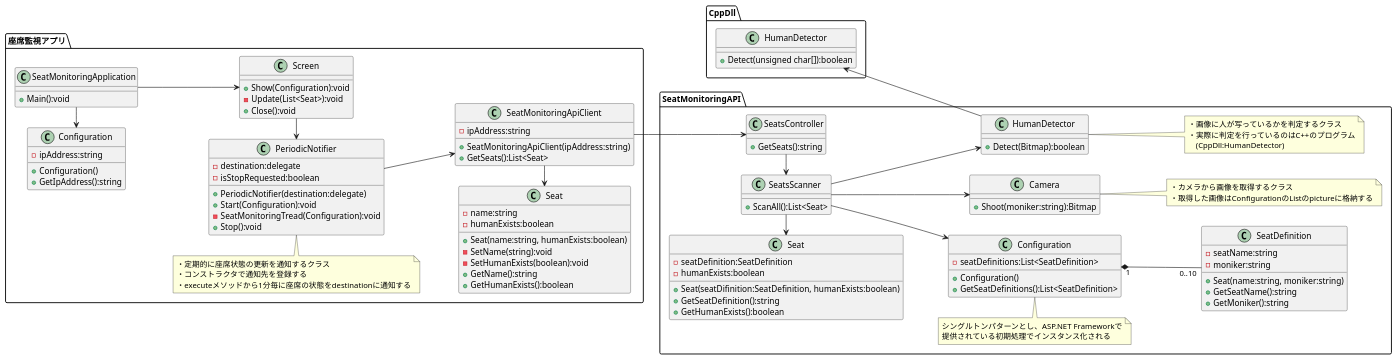
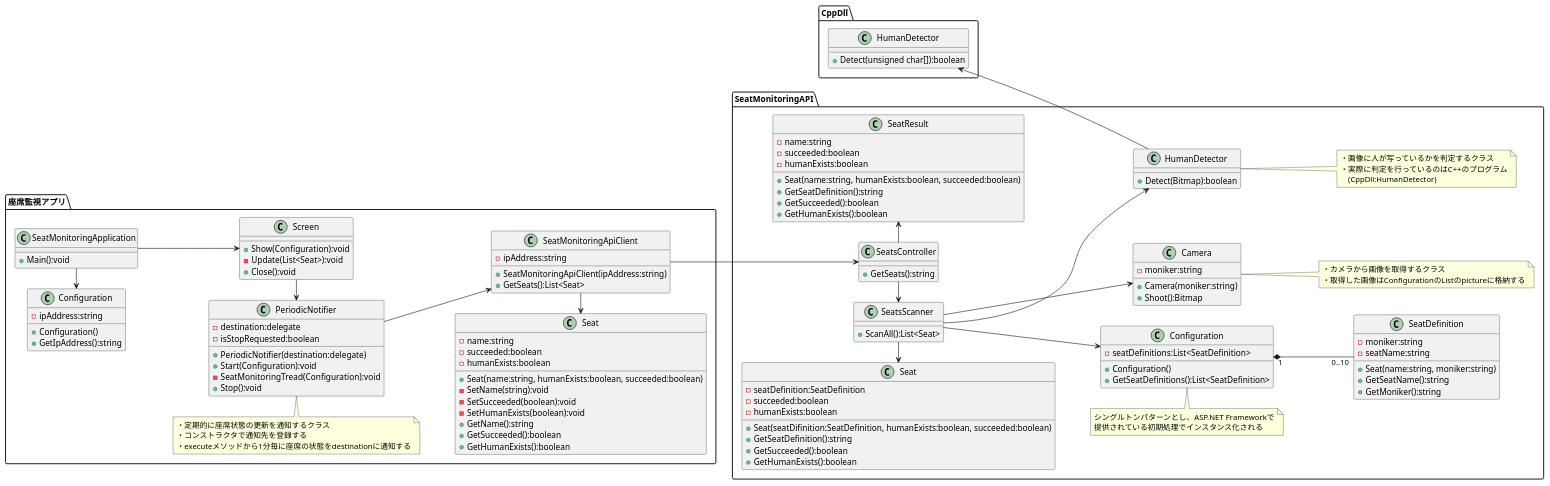
The diagram in doc/詳細設計/構成図(.pu)/クラス図.pu (KeisukeSugita/Seat-monitoring-system), drawn with PlantUML before and after one commit.

Commit message:
実装での変更点を反映

```diff
--- a/doc/詳細設計/構成図(.pu)/クラス図.pu
+++ b/doc/詳細設計/構成図(.pu)/クラス図.pu
@@ -1,126 +1,144 @@
 @startuml クラス図
 left to right direction
 
 package 座席監視アプリ {
     class SeatMonitoringApplication {
         + Main():void
     }
 
     class "Configuration" as ClientConfiguration {
 		'hostnameとかendpointとか
         - ipAddress:string 
         + Configuration()
         + GetIpAddress():string
     }
 
 	class Screen {
         + Show(Configuration):void
         - Update(List<Seat>):void
 		+ Close():void
     }
 
     class SeatMonitoringApiClient {
         - ipAddress:string
         + SeatMonitoringApiClient(ipAddress:string)
         + GetSeats():List<Seat>
     }
 
     class PeriodicNotifier {
         - destination:delegate
         - isStopRequested:boolean
         + PeriodicNotifier(destination:delegate)
         + Start(Configuration):void
         - SeatMonitoringTread(Configuration):void
         + Stop():void
     }
     note top of PeriodicNotifier
         ・定期的に座席状態の更新を通知するクラス
         ・コンストラクタで通知先を登録する
         ・executeメソッドから1分毎に座席の状態をdestinationに通知する
     end note
 
     class "Seat" as ClientSeat {
         - name:string
+        - succeeded:boolean
         - humanExists:boolean
-        + Seat(name:string, humanExists:boolean)
+        + Seat(name:string, humanExists:boolean, succeeded:boolean)
         - SetName(string):void
+        - SetSucceeded(boolean):void
         - SetHumanExists(boolean):void
         + GetName():string
+        + GetSucceeded():boolean
         + GetHumanExists():boolean
     }
 }
 
 package SeatMonitoringAPI {
 	class SeatsController {
         + GetSeats():string
     }
 
     class SeatsScanner {
         + ScanAll():List<Seat>
     }
     
     class "Configuration" as ServerConfiguration {
         - seatDefinitions:List<SeatDefinition>
         + Configuration()
         + GetSeatDefinitions():List<SeatDefinition>
     }
 	note top of ServerConfiguration
 		シングルトンパターンとし、ASP.NET Frameworkで
 		提供されている初期処理でインスタンス化される
 	end note
 
     class Camera {
-        + Shoot(moniker:string):Bitmap
+        - moniker:string
+        + Camera(moniker:string)
+        + Shoot():Bitmap
     }
     note right of Camera
         ・カメラから画像を取得するクラス
         ・取得した画像はConfigurationのListのpictureに格納する
     end note
     
     class "HumanDetector" as CsHumanDetector {
         + Detect(Bitmap):boolean
     }
     note right of CsHumanDetector
         ・画像に人が写っているかを判定するクラス
         ・実際に判定を行っているのはC++のプログラム
         　(CppDll:HumanDetector)
     end note
 
     class SeatDefinition {
+        - moniker:string
         - seatName:string
-        - moniker:string
         + Seat(name:string, moniker:string)
         + GetSeatName():string
         + GetMoniker():string
     }
 
     class Seat {
         - seatDefinition:SeatDefinition
+        - succeeded:boolean
         - humanExists:boolean
-        + Seat(seatDifinition:SeatDefinition, humanExists:boolean)
+        + Seat(seatDifinition:SeatDefinition, humanExists:boolean, succeeded:boolean)
         + GetSeatDefinition():string
+        + GetSucceeded():boolean
+        + GetHumanExists():boolean
+    }
+    
+    class SeatResult {
+        - name:string
+        - succeeded:boolean
+        - humanExists:boolean
+        + Seat(name:string, humanExists:boolean, succeeded:boolean)
+        + GetSeatDefinition():string
+        + GetSucceeded():boolean
         + GetHumanExists():boolean
     }
 }
 
 package CppDll {
     class "HumanDetector" as CppHumanDetector {
         + Detect(unsigned char[]):boolean
     }
 }
 
 SeatMonitoringApplication -left-> ClientConfiguration
 SeatMonitoringApplication --> Screen
 Screen -left-> PeriodicNotifier
 PeriodicNotifier --> SeatMonitoringApiClient
 SeatMonitoringApiClient -left-> ClientSeat
 SeatMonitoringApiClient -down-> SeatsController
 SeatsController -left-> SeatsScanner
 ServerConfiguration "1"*-down-"0..10" SeatDefinition
 SeatsScanner --> ServerConfiguration
+SeatsScanner --> CsHumanDetector
 SeatsScanner --> Camera
-SeatsScanner --> CsHumanDetector
 SeatsScanner -left-> Seat
 CppHumanDetector <-- CsHumanDetector
+SeatsController -> SeatResult
 
 @enduml
```
